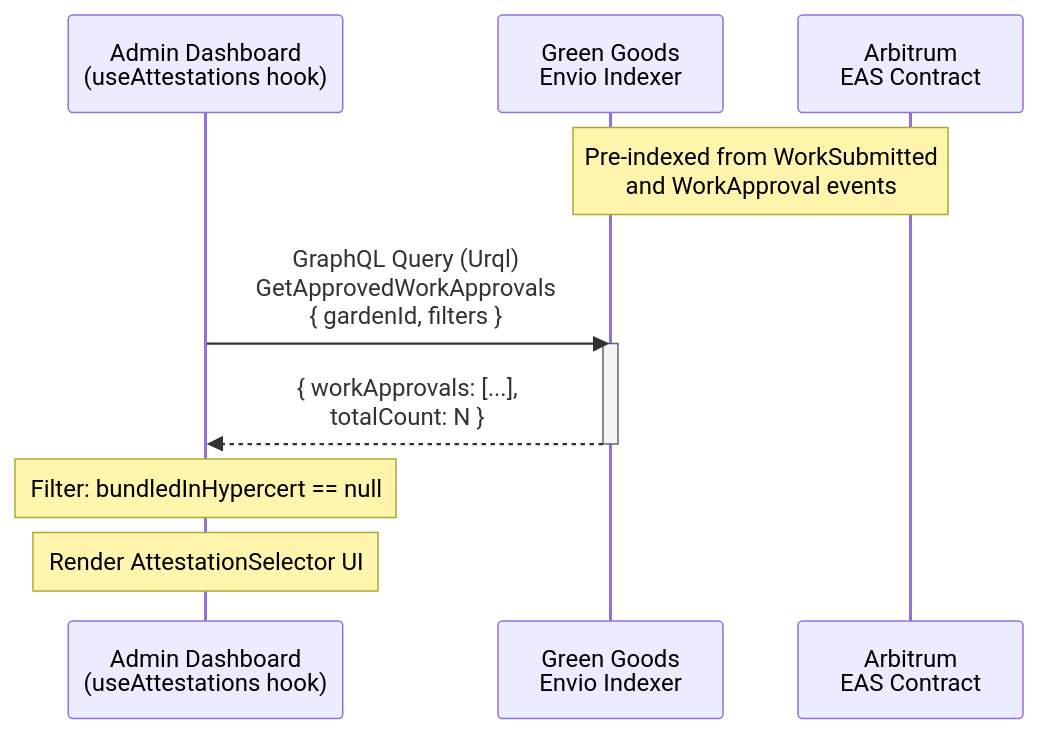
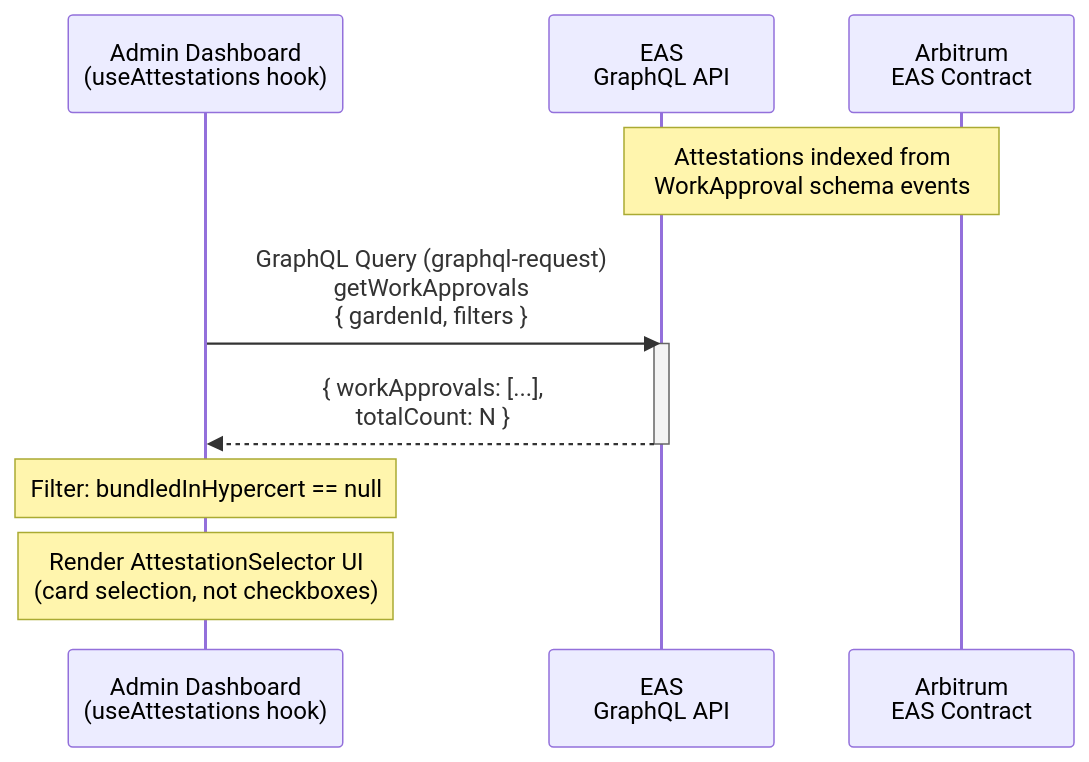
The fifth of 12 diagrams in docs/docs/specs/hypercerts/technical-spec.md (greenpill-dev-guild/green-goods), drawn with Mermaid before and after one commit. The commit also changed other lines of this file and 11 other files, not shown here.

````diff
--- a/docs/docs/specs/hypercerts/technical-spec.md
+++ b/docs/docs/specs/hypercerts/technical-spec.md
@@ -424,16 +431,16 @@
 ```mermaid
 sequenceDiagram
     participant Admin as Admin Dashboard<br/>(useAttestations hook)
-    participant Envio as Green Goods<br/>Envio Indexer
-    participant Arbitrum as Arbitrum<br/>EAS Contract
+    participant EAS as EAS<br/>GraphQL API
+    participant Chain as Arbitrum<br/>EAS Contract
 
-    Note over Envio,Arbitrum: Pre-indexed from WorkSubmitted<br/>and WorkApproval events
+    Note over EAS,Chain: Attestations indexed from<br/>WorkApproval schema events
 
-    Admin->>Envio: GraphQL Query (Urql)<br/>GetApprovedWorkApprovals<br/>{ gardenId, filters }
-    activate Envio
-    Envio-->>Admin: { workApprovals: [...],<br/>totalCount: N }
-    deactivate Envio
+    Admin->>EAS: GraphQL Query (graphql-request)<br/>getWorkApprovals<br/>{ gardenId, filters }
+    activate EAS
+    EAS-->>Admin: { workApprovals: [...],<br/>totalCount: N }
+    deactivate EAS
 
     Note over Admin: Filter: bundledInHypercert == null
-    Note over Admin: Render AttestationSelector UI
+    Note over Admin: Render AttestationSelector UI<br/>(card selection, not checkboxes)
 ```
````
